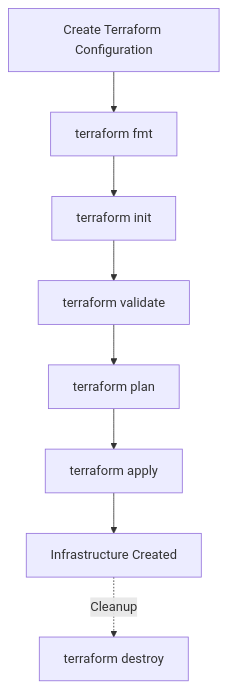
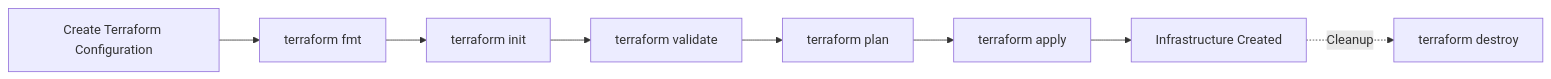
One commit to Kureti-Venkat-Nishit-Pvt/KNIGHT changed the first of 17 diagrams in docs/01-KNIGHT_TF_Fundamentals_Guide.md. Above: the diagram before and after it, drawn with Mermaid. The commit also changed other lines of this file and 13 other files, not shown here.

````diff
--- a/docs/01-KNIGHT_TF_Fundamentals_Guide.md
+++ b/docs/01-KNIGHT_TF_Fundamentals_Guide.md
@@ -74,27 +74,27 @@
 ```mermaid
-flowchart TD
+flowchart LR
 
 A[Create Terraform Configuration]
 
 B[terraform fmt]
 
 C[terraform init]
 
 D[terraform validate]
 
 E[terraform plan]
 
 F[terraform apply]
 
 G[Infrastructure Created]
 
 H[terraform destroy]
 
 A --> B
 B --> C
 C --> D
 D --> E
 E --> F
 F --> G
 G -.Cleanup.-> H
 ```
````
